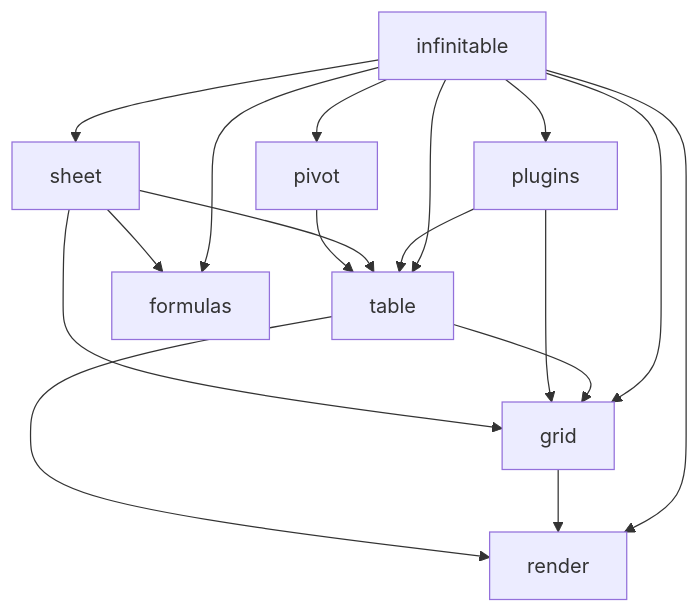
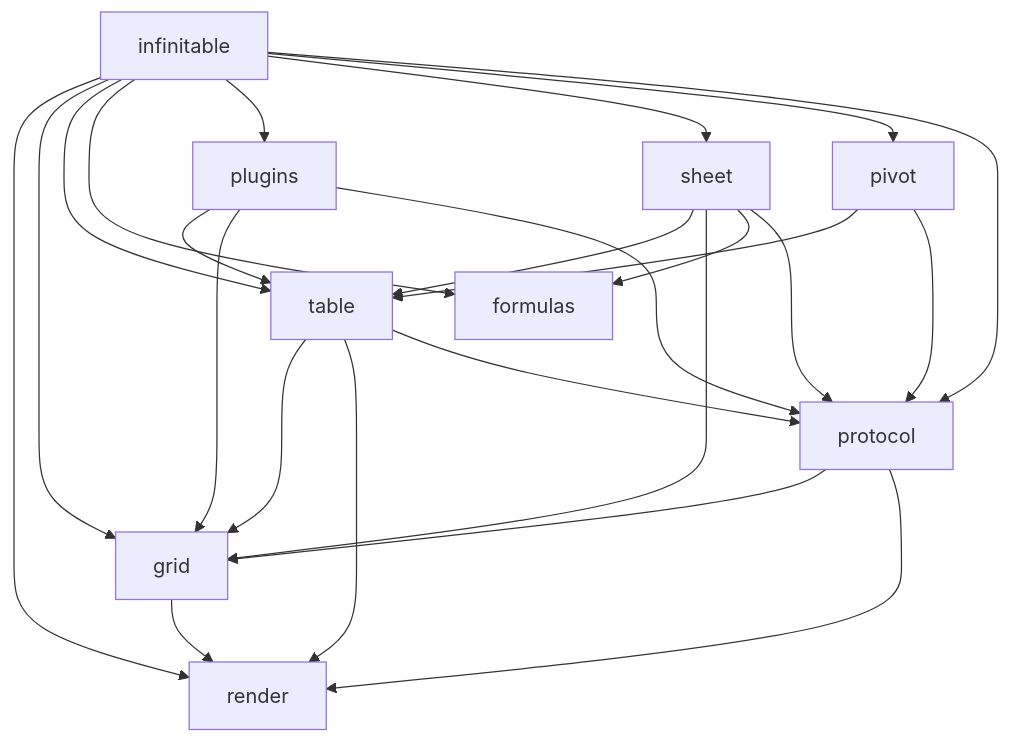
The second of 2 diagrams in website/guide/architecture.md (cabinet-fe/infinite-table), drawn with Mermaid before and after one commit. The commit also changed other lines of this file and 36 other files, not shown here.

````diff
--- a/website/guide/architecture.md
+++ b/website/guide/architecture.md
@@ -66,19 +67,26 @@
 ```mermaid
 graph TD
   infinitable --> render
   infinitable --> grid
   infinitable --> table
   infinitable --> formulas
   infinitable --> plugins
   infinitable --> sheet
   infinitable --> pivot
+  infinitable --> protocol
   grid --> render
+  protocol --> grid
+  protocol --> render
   table --> grid
   table --> render
+  table --> protocol
   plugins --> table
   plugins --> grid
+  plugins --> protocol
   sheet --> table
   sheet --> grid
   sheet --> formulas
+  sheet --> protocol
   pivot --> table
+  pivot --> protocol
 ```
````
